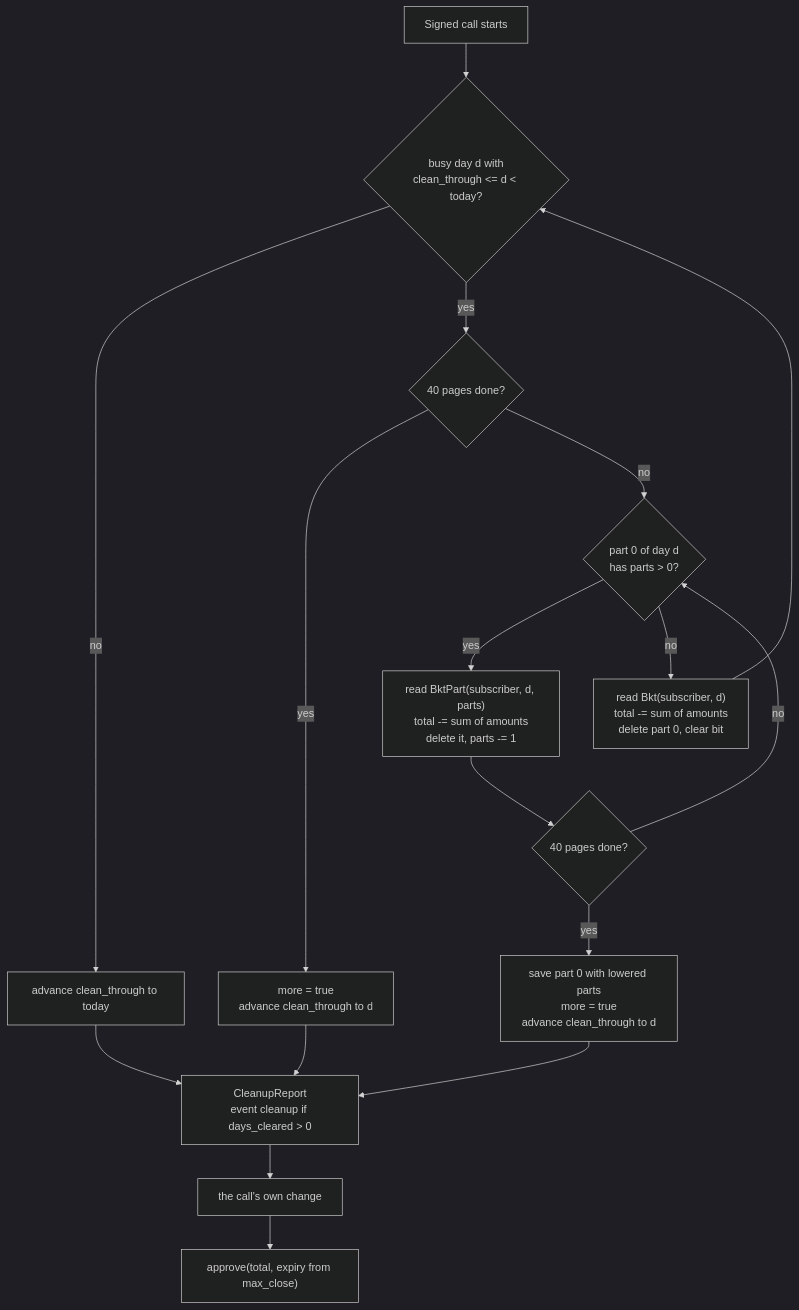
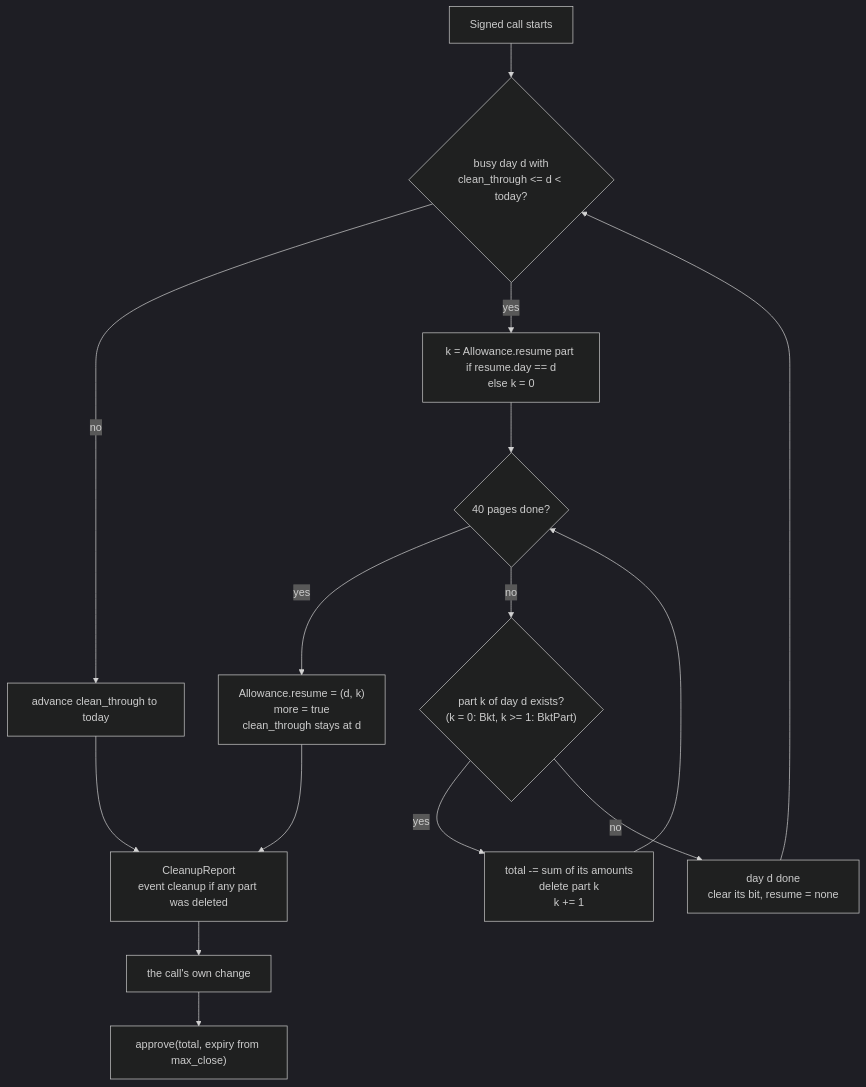
The diagram in PiRC2/6-subscription-lifecycle.md (PiNetwork/PiRC), drawn with Mermaid (dark theme) before and after one commit. The commit also changed other lines of this file and 3 other files, not shown here.

First line of the commit message:
PiRC2: bucket parts as a chain; no refill; resume

````diff
--- a/PiRC2/6-subscription-lifecycle.md
+++ b/PiRC2/6-subscription-lifecycle.md
@@ -234,19 +233,17 @@
 ```mermaid
 flowchart TD
   A[Signed call starts] --> B{busy day d with<br/>clean_through <= d < today?}
   B -- no --> F[advance clean_through to today]
-  B -- yes --> C{40 pages done?}
-  C -- yes --> M[more = true<br/>advance clean_through to d]
-  C -- no --> P{"part 0 of day d<br/>has parts > 0?"}
-  P -- yes --> Q["read BktPart(subscriber, d, parts)<br/>total -= sum of amounts<br/>delete it, parts -= 1"]
-  Q --> C2{40 pages done?}
-  C2 -- yes --> SV[save part 0 with lowered parts<br/>more = true<br/>advance clean_through to d]
-  C2 -- no --> P
-  P -- no --> D["read Bkt(subscriber, d)<br/>total -= sum of amounts<br/>delete part 0, clear bit"]
-  D --> B
-  F --> R[CleanupReport<br/>event cleanup if days_cleared > 0]
-  M --> R
+  B -- yes --> K0["k = Allowance.resume part if resume.day == d<br/>else k = 0"]
+  K0 --> C{40 pages done?}
+  C -- yes --> SV["Allowance.resume = (d, k)<br/>more = true<br/>clean_through stays at d"]
+  C -- no --> Q{"part k of day d exists?<br/>(k = 0: Bkt, k >= 1: BktPart)"}
+  Q -- yes --> D["total -= sum of its amounts<br/>delete part k<br/>k += 1"]
+  D --> C
+  Q -- no --> E["day d done<br/>clear its bit, resume = none"]
+  E --> B
+  F --> R[CleanupReport<br/>event cleanup if any part was deleted]
   SV --> R
   R --> G[the call's own change]
   G --> H["approve(total, expiry from max_close)"]
 ```
````
